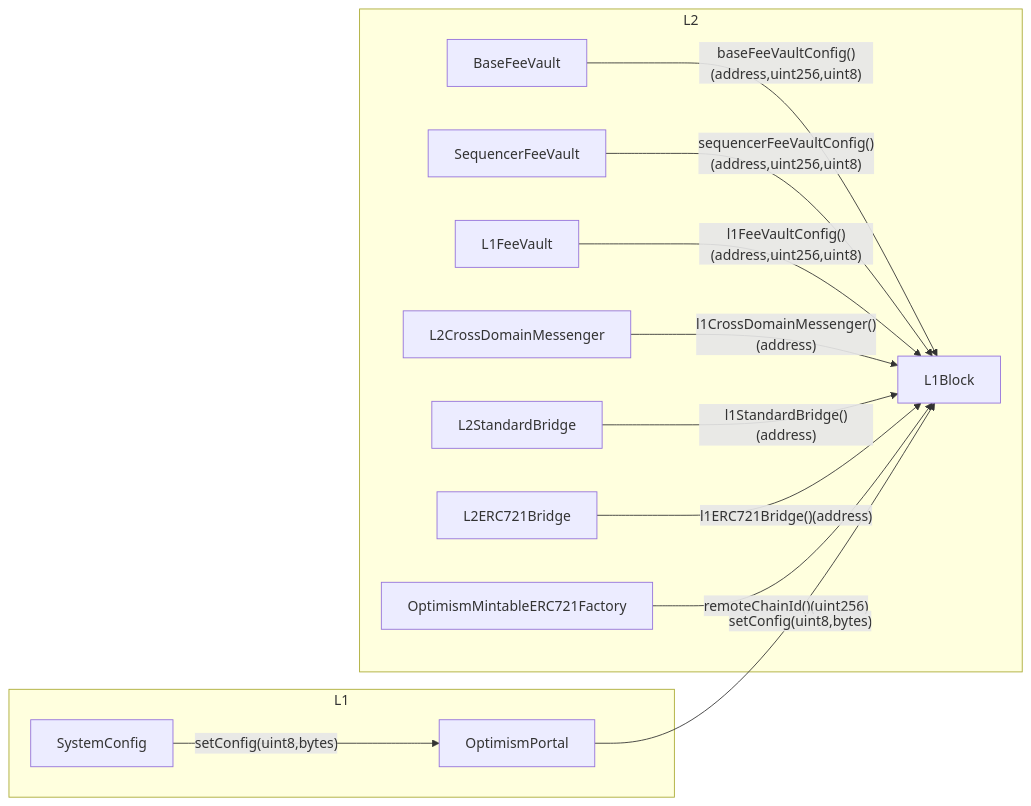
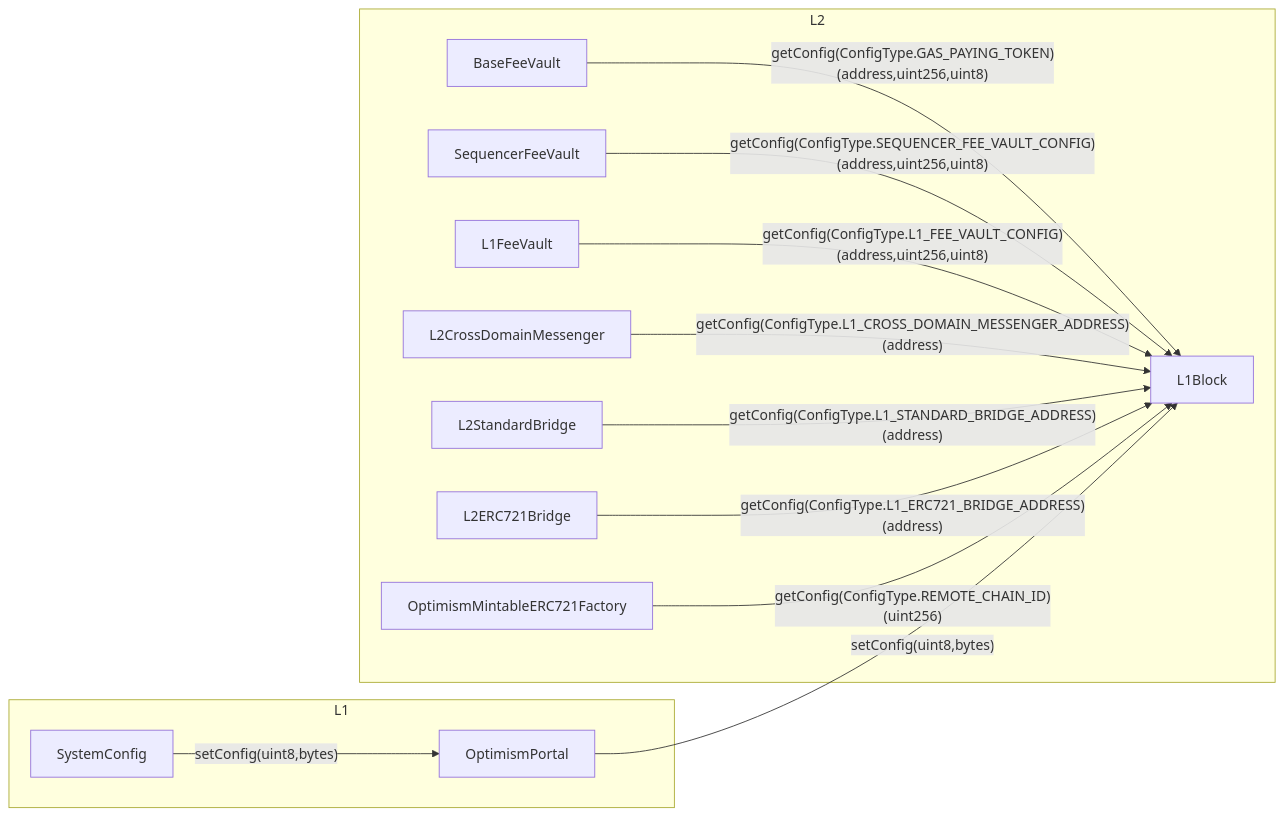
Before and after one commit to ethereum-optimism/specs: the diagram in specs/protocol/isthmus/predeploys.md, drawn with Mermaid. The commit also changed other lines of this file and 1 other file, not shown here.

````diff
--- a/specs/protocol/isthmus/predeploys.md
+++ b/specs/protocol/isthmus/predeploys.md
@@ -66,17 +66,17 @@
 ```mermaid
 graph LR
   subgraph L1
   SystemConfig -- "setConfig(uint8,bytes)" --> OptimismPortal
   end
   subgraph L2
   L1Block
-  BaseFeeVault -- "baseFeeVaultConfig()(address,uint256,uint8)" --> L1Block
-  SequencerFeeVault -- "sequencerFeeVaultConfig()(address,uint256,uint8)" --> L1Block
-  L1FeeVault -- "l1FeeVaultConfig()(address,uint256,uint8)" --> L1Block
-  L2CrossDomainMessenger -- "l1CrossDomainMessenger()(address)" --> L1Block
-  L2StandardBridge -- "l1StandardBridge()(address)" --> L1Block
-  L2ERC721Bridge -- "l1ERC721Bridge()(address)" --> L1Block
-  OptimismMintableERC721Factory -- "remoteChainId()(uint256)" --> L1Block
+  BaseFeeVault -- "getConfig(ConfigType.GAS_PAYING_TOKEN)(address,uint256,uint8)" --> L1Block
+  SequencerFeeVault -- "getConfig(ConfigType.SEQUENCER_FEE_VAULT_CONFIG)(address,uint256,uint8)" --> L1Block
+  L1FeeVault -- "getConfig(ConfigType.L1_FEE_VAULT_CONFIG)(address,uint256,uint8)" --> L1Block
+  L2CrossDomainMessenger -- "getConfig(ConfigType.L1_CROSS_DOMAIN_MESSENGER_ADDRESS)(address)" --> L1Block
+  L2StandardBridge -- "getConfig(ConfigType.L1_STANDARD_BRIDGE_ADDRESS)(address)" --> L1Block
+  L2ERC721Bridge -- "getConfig(ConfigType.L1_ERC721_BRIDGE_ADDRESS)(address)" --> L1Block
+  OptimismMintableERC721Factory -- "getConfig(ConfigType.REMOTE_CHAIN_ID)(uint256)" --> L1Block
   end
   OptimismPortal -- "setConfig(uint8,bytes)" --> L1Block
 ```
````
